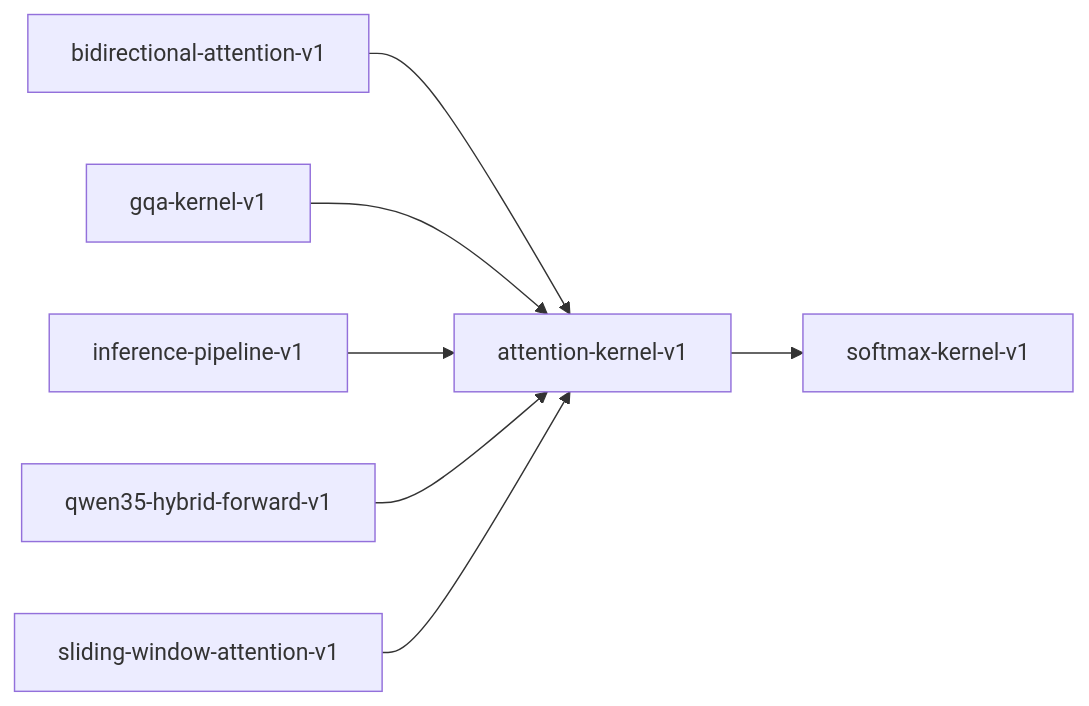
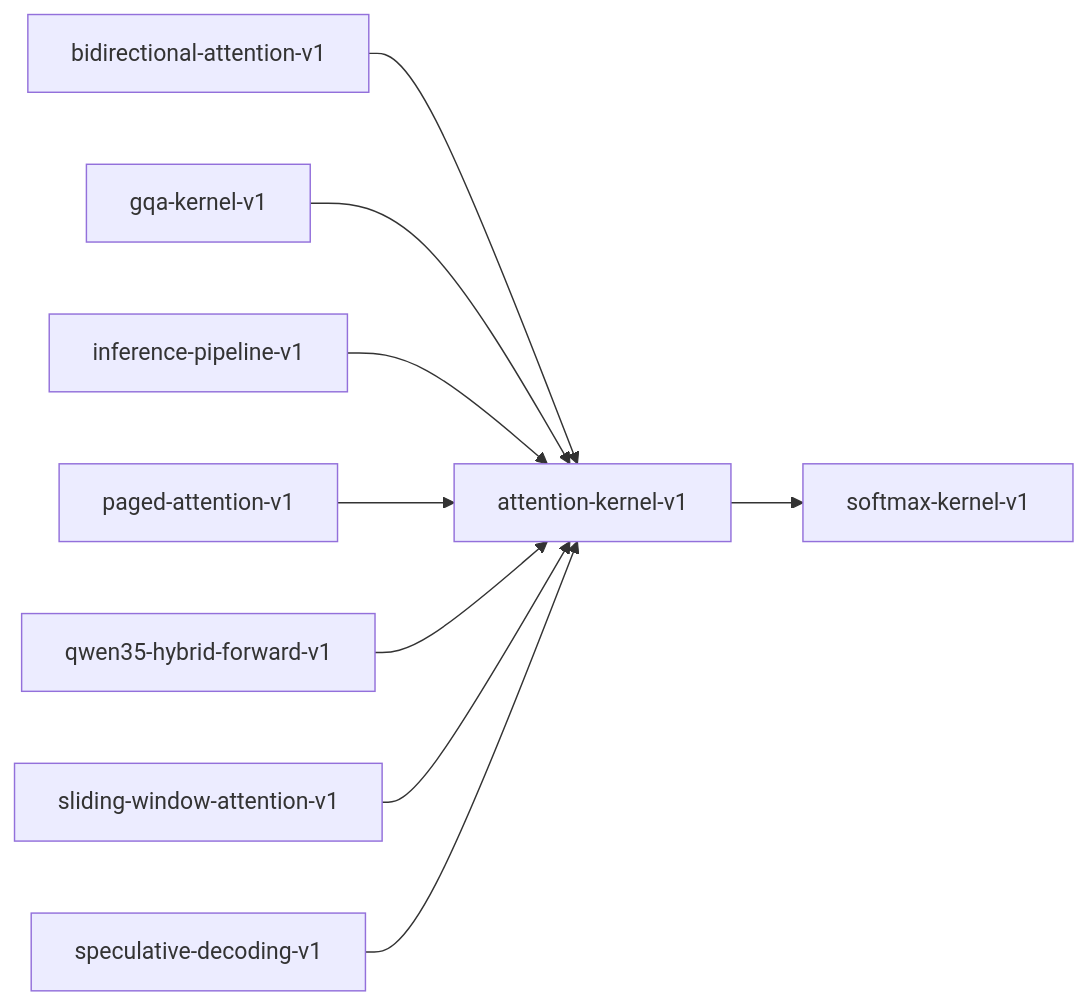
One commit to paiml/provable-contracts changed the diagram in book/src/contracts/attention-kernel-v1.md. Above: the diagram before and after it, drawn with Mermaid. The commit also changed other lines of this file and 136 other files, not shown here.

````diff
--- a/book/src/contracts/attention-kernel-v1.md
+++ b/book/src/contracts/attention-kernel-v1.md
@@ -17,9 +17,11 @@
 ```mermaid
 graph LR
     attention_kernel_v1["attention-kernel-v1"] --> softmax_kernel_v1["softmax-kernel-v1"]
     bidirectional_attention_v1["bidirectional-attention-v1"] --> attention_kernel_v1["attention-kernel-v1"]
     gqa_kernel_v1["gqa-kernel-v1"] --> attention_kernel_v1["attention-kernel-v1"]
     inference_pipeline_v1["inference-pipeline-v1"] --> attention_kernel_v1["attention-kernel-v1"]
+    paged_attention_v1["paged-attention-v1"] --> attention_kernel_v1["attention-kernel-v1"]
     qwen35_hybrid_forward_v1["qwen35-hybrid-forward-v1"] --> attention_kernel_v1["attention-kernel-v1"]
     sliding_window_attention_v1["sliding-window-attention-v1"] --> attention_kernel_v1["attention-kernel-v1"]
+    speculative_decoding_v1["speculative-decoding-v1"] --> attention_kernel_v1["attention-kernel-v1"]
 ```
````
